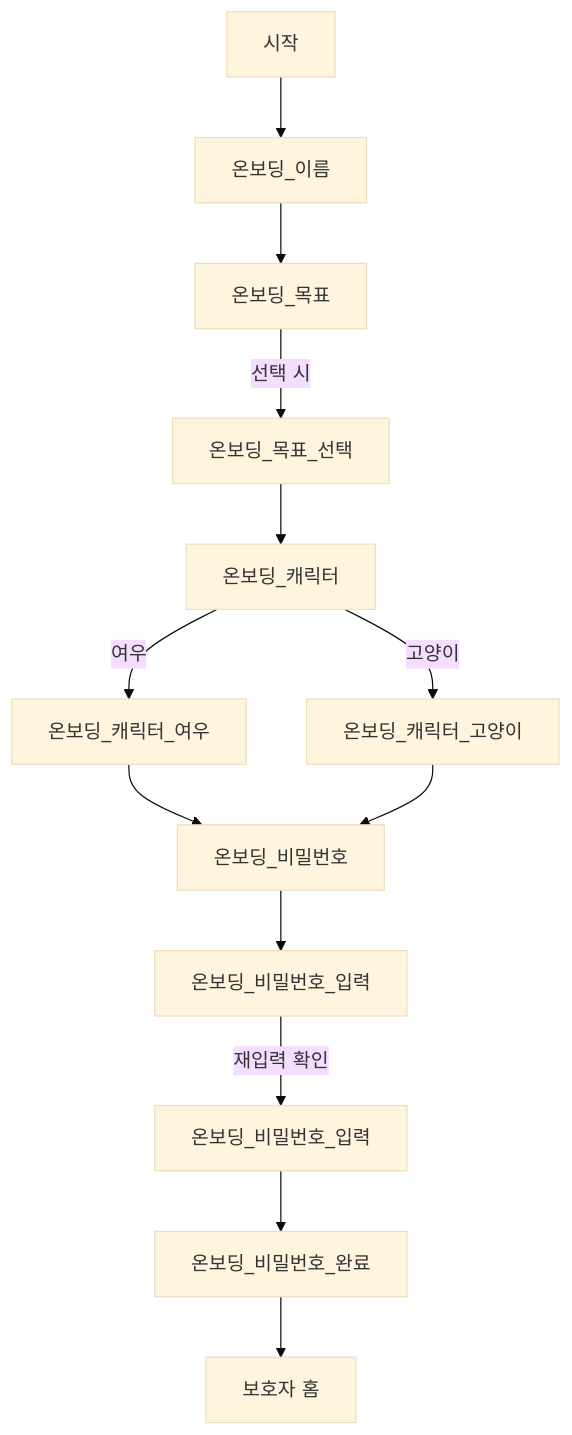
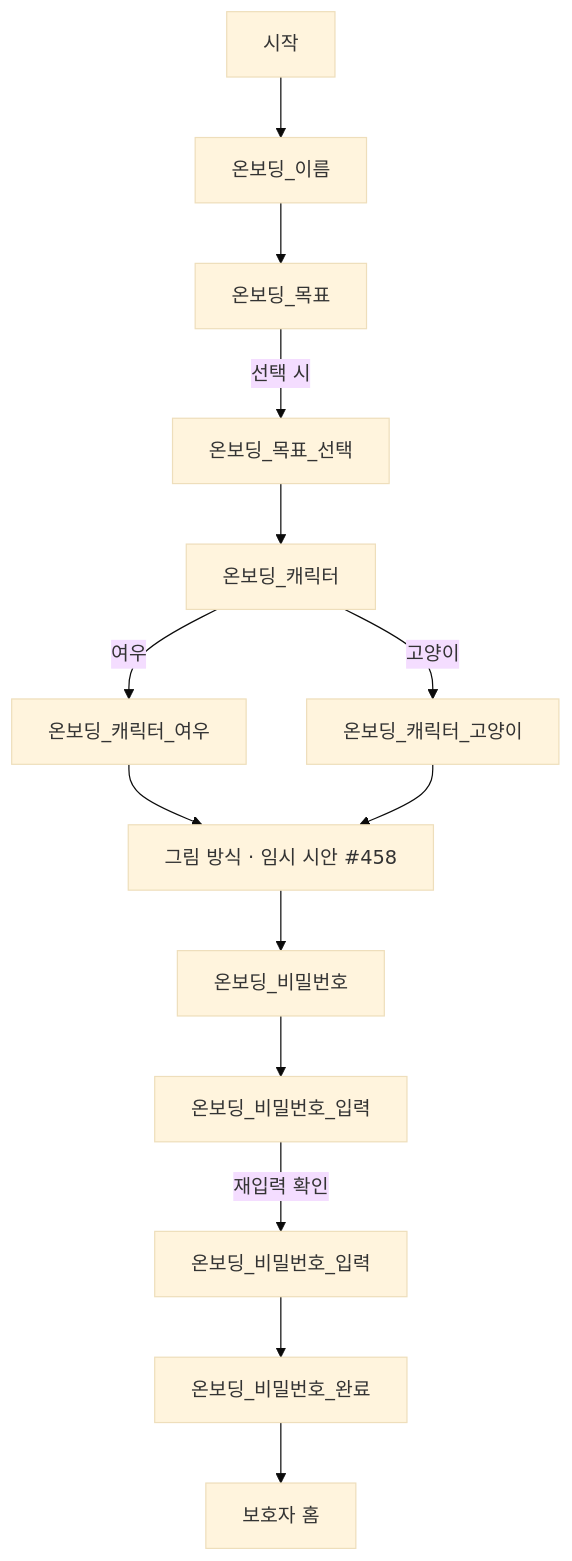
One commit to Twin-Fang/elum changed the diagram in client/docs/onboarding-flow.md. Above: the diagram before and after it, drawn with Mermaid (base theme). The commit also changed other lines of this file and 43 other files, not shown here.

````diff
--- a/client/docs/onboarding-flow.md
+++ b/client/docs/onboarding-flow.md
@@ -20,15 +22,16 @@
 ```mermaid
 flowchart TD
     S[시작] --> N[온보딩_이름]
     N --> G[온보딩_목표]
     G -->|선택 시| GS[온보딩_목표_선택]
     GS --> C[온보딩_캐릭터]
     C -->|여우| CF[온보딩_캐릭터_여우]
     C -->|고양이| CC[온보딩_캐릭터_고양이]
-    CF --> P[온보딩_비밀번호]
-    CC --> P
+    CF --> IS[그림 방식 · 임시 시안 #458]
+    CC --> IS
+    IS --> P[온보딩_비밀번호]
     P --> PI[온보딩_비밀번호_입력]
     PI -->|재입력 확인| PI2[온보딩_비밀번호_입력]
     PI2 --> PD[온보딩_비밀번호_완료]
     PD --> HOME[보호자 홈]
 ```
````
